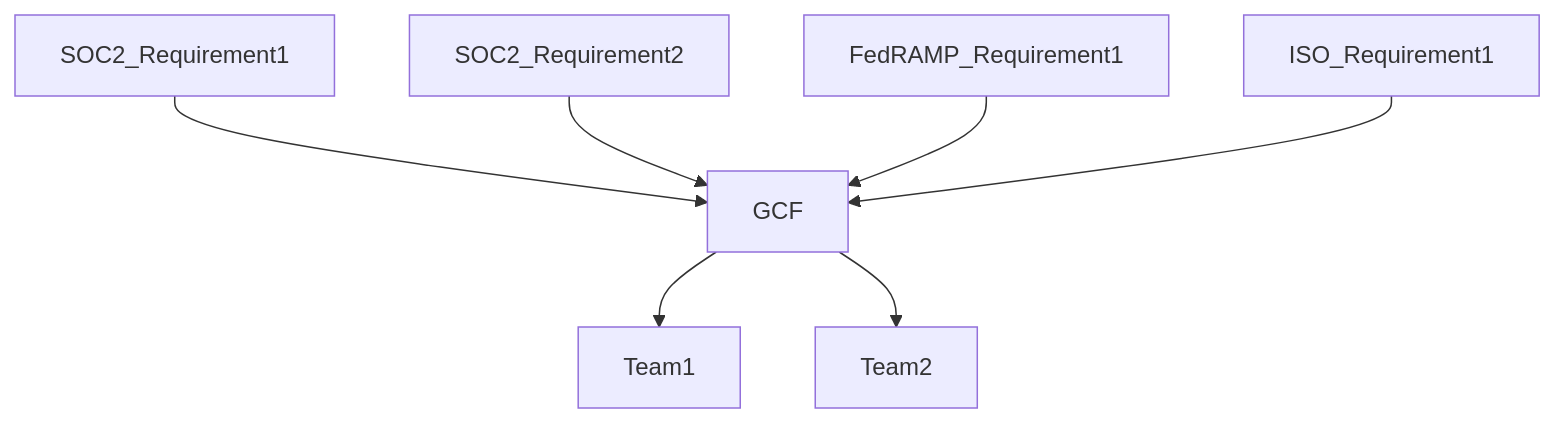
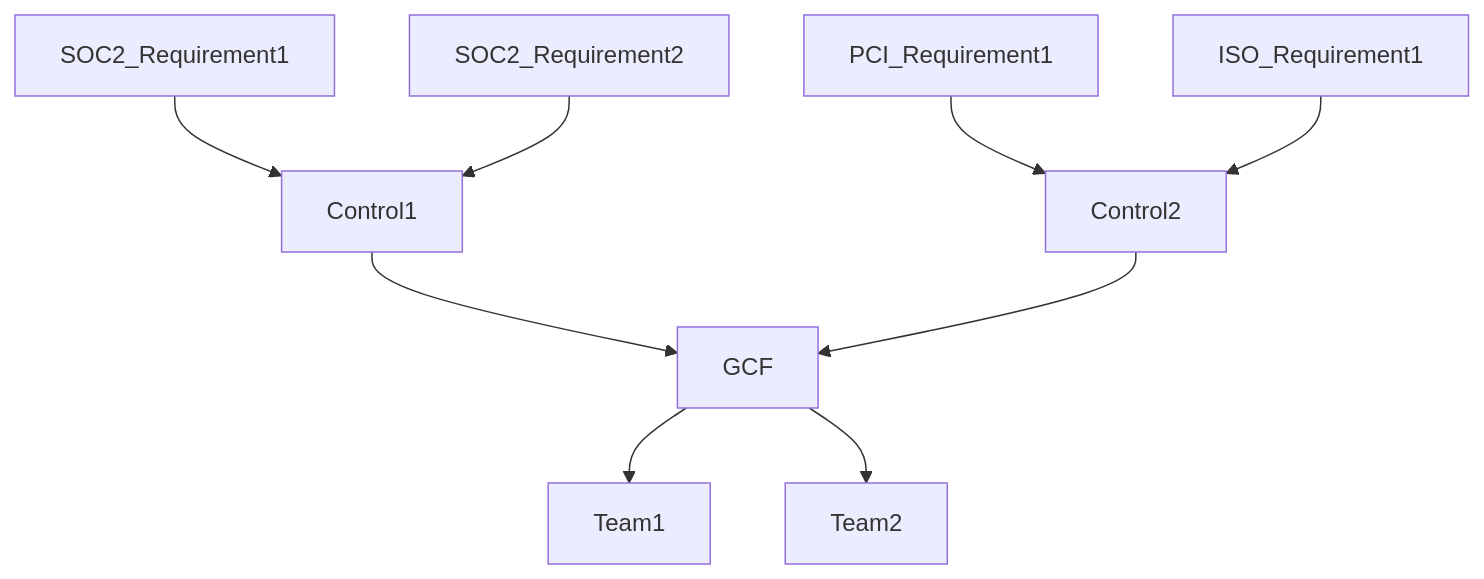
The second of 2 diagrams in content/handbook/security/security-assurance/security-compliance/sec-controls.md (zalyoung/gitlab-handbook), drawn with Mermaid before and after one commit.

Commit message:
Update file sec-controls.md

````diff
--- a/content/handbook/security/security-assurance/security-compliance/sec-controls.md
+++ b/content/handbook/security/security-assurance/security-compliance/sec-controls.md
@@ -24,9 +24,11 @@
 ```mermaid
 graph TD;
-    SOC2_Requirement1-->GCF;
-    SOC2_Requirement2-->GCF;
-    FedRAMP_Requirement1-->GCF;
-    ISO_Requirement1-->GCF;
+    SOC2_Requirement1-->Control1;
+    SOC2_Requirement2-->Control1;
+    PCI_Requirement1-->Control2;
+    ISO_Requirement1-->Control2;
+    Control1-->GCF;
+    Control2-->GCF;
     GCF-->Team1;
     GCF-->Team2;
 ```
````
